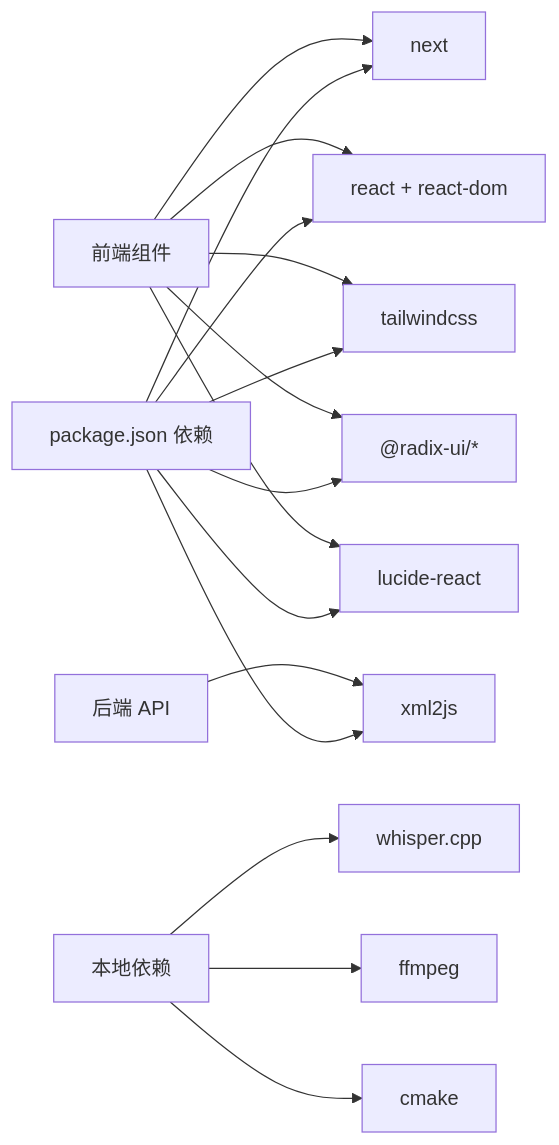
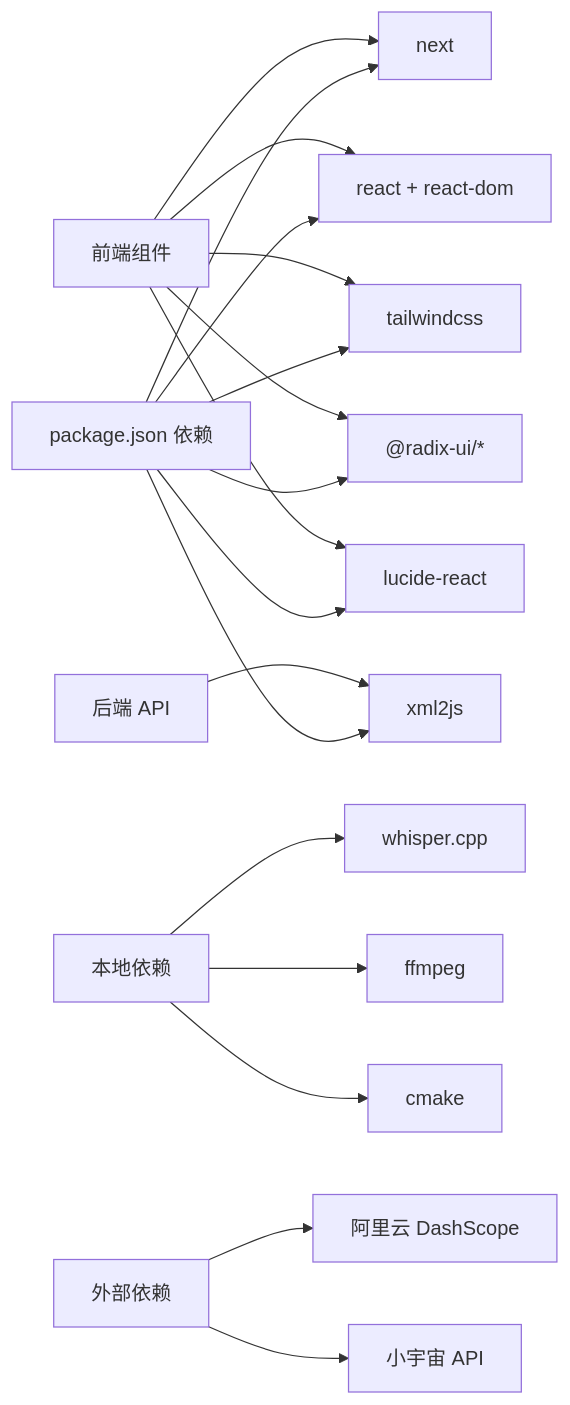
Diagram 22 of 22 in .qoder/repowiki/zh/content/核心功能模块/播客转录功能.md (clawbotai/memo-flow), drawn with Mermaid before and after one commit. The commit also changed other lines of this file and 4 other files, not shown here.

````diff
--- a/.qoder/repowiki/zh/content/核心功能模块/播客转录功能.md
+++ b/.qoder/repowiki/zh/content/核心功能模块/播客转录功能.md
@@ -720,18 +897,20 @@
 ```mermaid
 graph LR
 Pkg["package.json 依赖"] --> Next["next"]
 Pkg --> React["react + react-dom"]
 Pkg --> Tailwind["tailwindcss"]
 Pkg --> Radix["@radix-ui/*"]
 Pkg --> Lucide["lucide-react"]
 Pkg --> XML["xml2js"]
 Frontend["前端组件"] --> Next
 Frontend --> React
 Frontend --> Tailwind
 Frontend --> Radix
 Frontend --> Lucide
 Backend["后端 API"] --> XML
 LocalDeps["本地依赖"] --> Whisper["whisper.cpp"]
 LocalDeps --> FFmpeg["ffmpeg"]
 LocalDeps --> CMake["cmake"]
+ExternalDeps["外部依赖"] --> DashScope["阿里云 DashScope"]
+ExternalDeps --> Xiaoyuzhou["小宇宙 API"]
 ```
````
